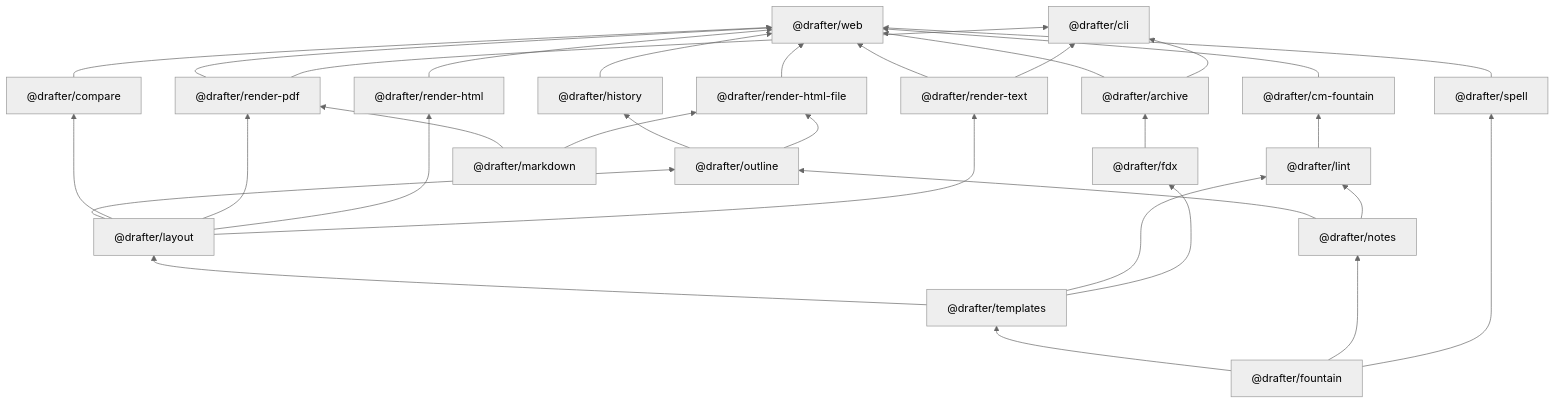
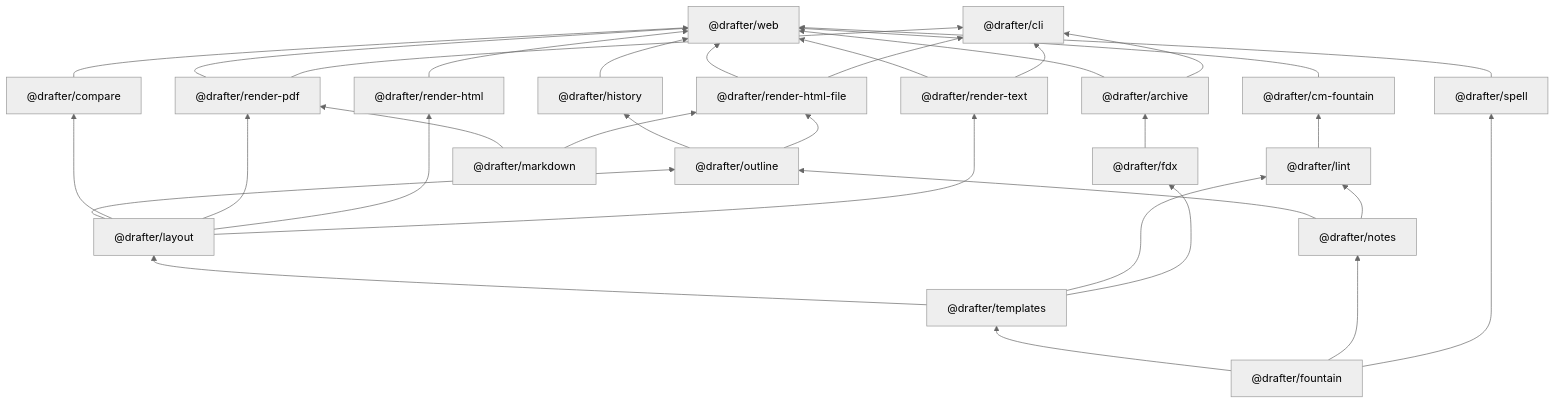
Before and after one commit to cschweda/drafter: the first of 5 diagrams in docs/technical-details.md, drawn with Mermaid (neutral theme). The commit also changed 14 other files, not shown here.

Commit message:
feat(cli): drafter build --html

````diff
--- a/docs/technical-details.md
+++ b/docs/technical-details.md
@@ -36,53 +36,54 @@
 ```mermaid
 flowchart BT
   web["@drafter/web"]
   cli["@drafter/cli"]
   cm_fountain["@drafter/cm-fountain"]
   outline["@drafter/outline"]
   compare["@drafter/compare"]
   history["@drafter/history"]
   render_pdf["@drafter/render-pdf"]
   render_html["@drafter/render-html"]
   render_html_file["@drafter/render-html-file"]
   render_text["@drafter/render-text"]
   layout["@drafter/layout"]
   lint["@drafter/lint"]
   fdx["@drafter/fdx"]
   archive["@drafter/archive"]
   templates["@drafter/templates"]
   notes["@drafter/notes"]
   spell["@drafter/spell"]
   markdown["@drafter/markdown"]
   fountain["@drafter/fountain"]
   archive --> web
   cm_fountain --> web
   compare --> web
   history --> web
   render_html --> web
   render_html_file --> web
   render_pdf --> web
   render_text --> web
   spell --> web
   archive --> cli
+  render_html_file --> cli
   render_pdf --> cli
   render_text --> cli
   lint --> cm_fountain
   layout --> outline
   notes --> outline
   layout --> compare
   outline --> history
   layout --> render_pdf
   markdown --> render_pdf
   layout --> render_html
   markdown --> render_html_file
   outline --> render_html_file
   layout --> render_text
   templates --> layout
   notes --> lint
   templates --> lint
   templates --> fdx
   fdx --> archive
   fountain --> templates
   fountain --> notes
   fountain --> spell
 ```
````
